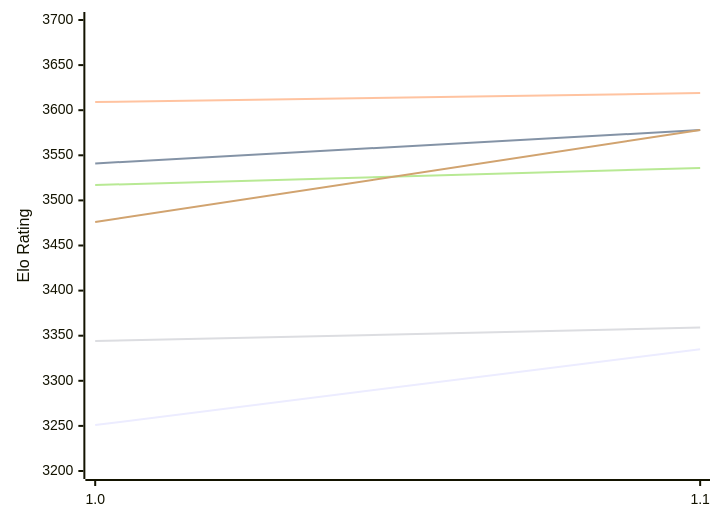
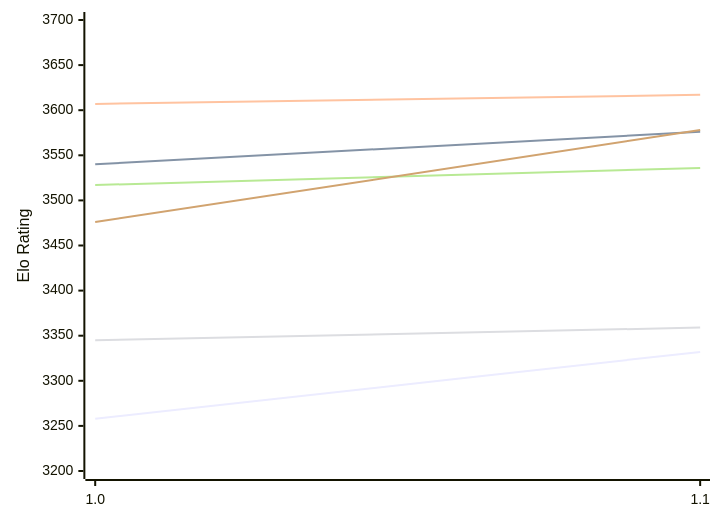
One commit to computer-chess-index/cci changed the first of 2 diagrams in engines/Horsie.md. Above: the diagram before and after it, drawn with Mermaid. The commit also changed other lines of this file, not shown here.

Commit message:
Update CCI Ratings (ELO VLTC) - 2026-11-27

````diff
--- a/engines/Horsie.md
+++ b/engines/Horsie.md
@@ -50,12 +50,12 @@
 ```mermaid
 %%{init: {"theme":"base","themeVariables":{"seriesColors:['#a3a3a3','#222221','#faa371']}}}%%
 xychart-beta
   x-axis ["1.0", "1.1"]
   y-axis "Elo Rating" 3200 --> 3700
-  line "E1: STC (8.0+0.08s)" [3251, 3335]
-  line "E1: LTC (60.0+0.60s)" [3541, 3578]
-  line "E1: VLTC (2m24s+1.12s)" [3609, 3619]
-  line "P1: STC (8.0+0.08s)" [3344, 3359]
+  line "E1: STC (8.0+0.08s)" [3258, 3332]
+  line "E1: LTC (60.0+0.60s)" [3540, 3576]
+  line "E1: VLTC (2m24s+1.12s)" [3607, 3617]
+  line "P1: STC (8.0+0.08s)" [3345, 3359]
   line "P1: LTC (60.0+0.60s)" [3517, 3536]
   line "P1: VLTC (2m24s+1.12s)" [3476, 3578]
 ```
````
